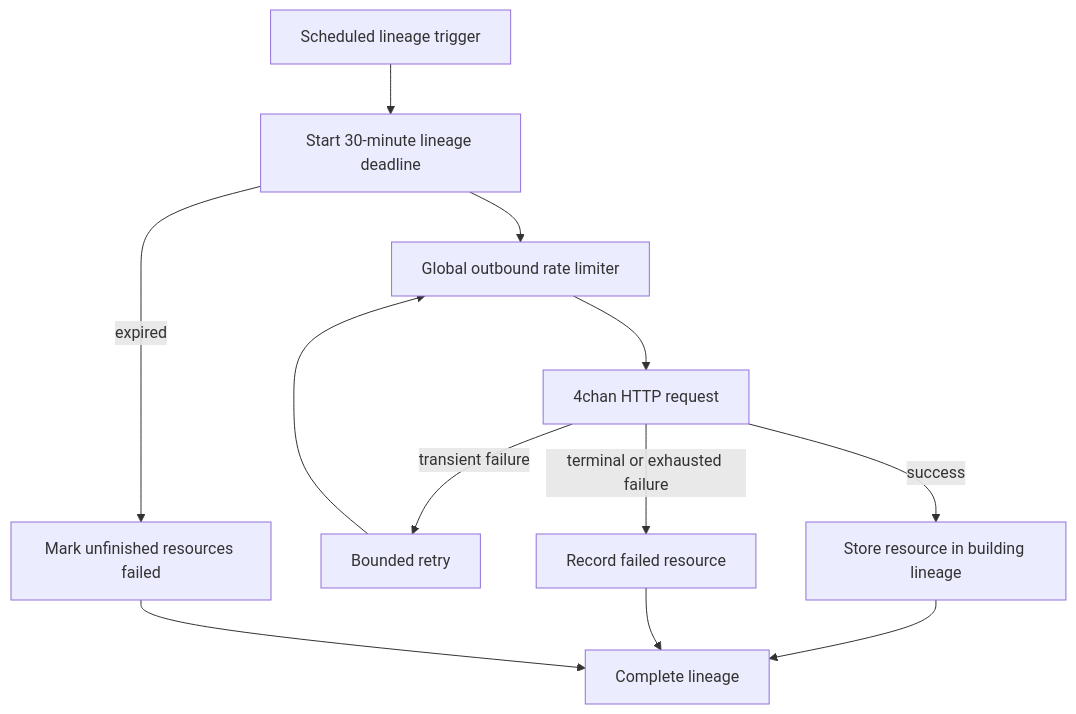
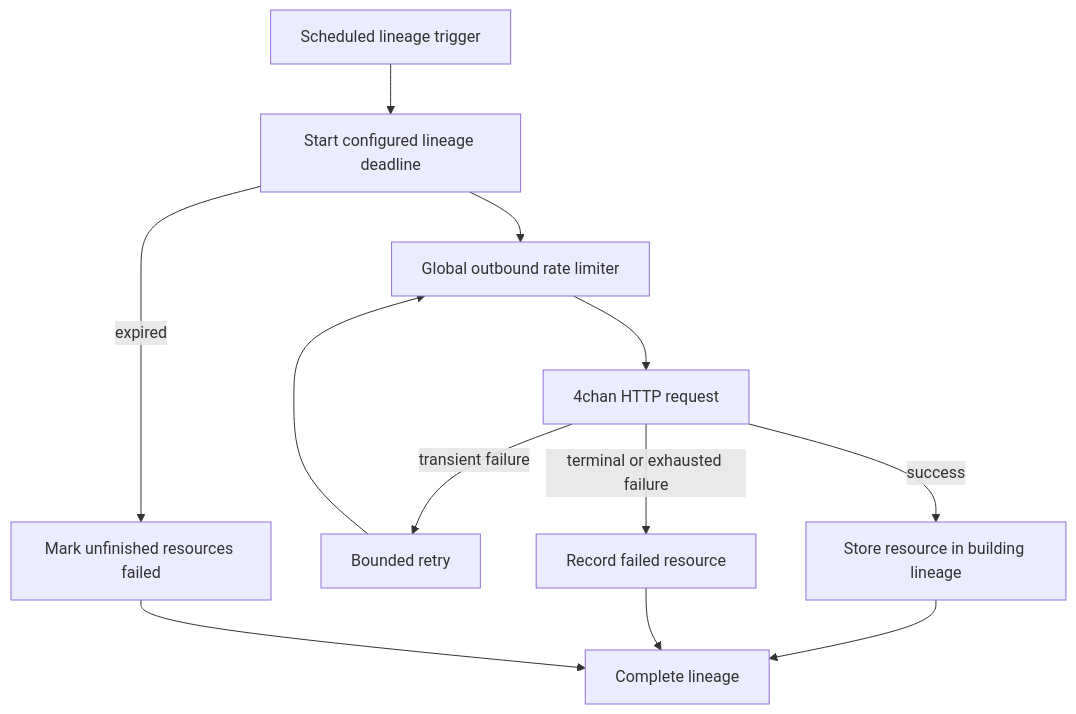
The fifth of 35 diagrams in docs/SEED.md (federico-paolillo/four-visor), drawn with Mermaid before and after one commit. The commit also changed other lines of this file and 33 other files, not shown here.

````diff
--- a/docs/SEED.md
+++ b/docs/SEED.md
@@ -498,14 +498,14 @@
 ```mermaid
 flowchart TD
-    Trigger[Scheduled lineage trigger] --> Deadline[Start 30-minute lineage deadline]
+    Trigger[Scheduled lineage trigger] --> Deadline[Start configured lineage deadline]
     Deadline --> RateLimit[Global outbound rate limiter]
     RateLimit --> Request[4chan HTTP request]
     Request -->|success| Store[Store resource in building lineage]
     Request -->|transient failure| Retry[Bounded retry]
     Retry --> RateLimit
     Request -->|terminal or exhausted failure| Failed[Record failed resource]
     Deadline -->|expired| Unfinished[Mark unfinished resources failed]
     Store --> Complete[Complete lineage]
     Failed --> Complete
     Unfinished --> Complete
 ```
````
